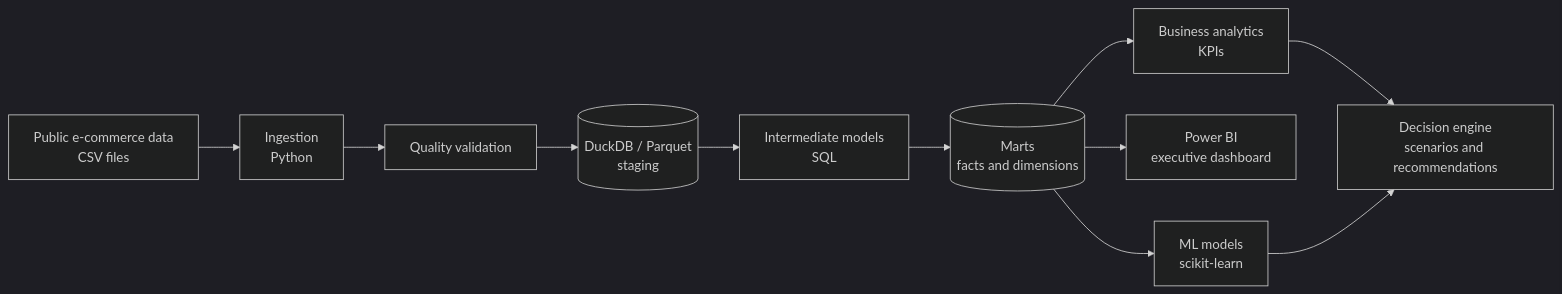
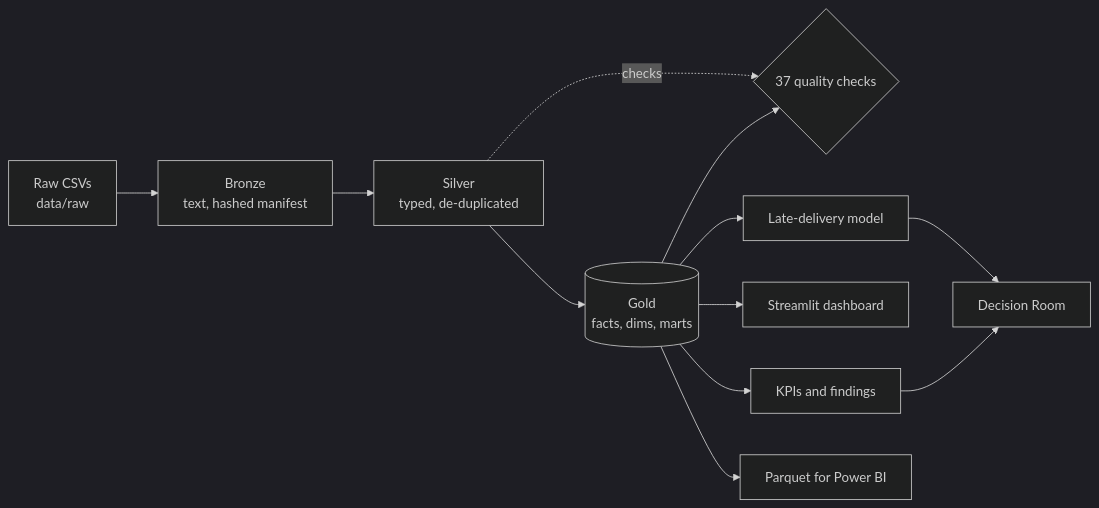
Before and after one commit to musab-abukaraki-66/signalforge: the diagram in README.md, drawn with Mermaid (dark theme). The commit also changed other lines of this file and 51 other files, not shown here.

First line of the commit message:
feat: SIGNALFORGE end-to-end vertical slice (pipeline, KPIs, model, dashboard, decision room)

````diff
--- a/README.md
+++ b/README.md
@@ -29,13 +29,14 @@
 ```mermaid
 flowchart LR
-    A[Public e-commerce data<br/>CSV files] --> B[Ingestion<br/>Python]
-    B --> C[Quality validation]
-    C --> D[(DuckDB / Parquet<br/>staging)]
-    D --> E[Intermediate models<br/>SQL]
-    E --> F[(Marts<br/>facts and dimensions)]
-    F --> G[Business analytics<br/>KPIs]
-    F --> H[Power BI<br/>executive dashboard]
-    F --> I[ML models<br/>scikit-learn]
-    G --> J[Decision engine<br/>scenarios and recommendations]
-    I --> J
+    A[Raw CSVs<br/>data/raw] --> B[Bronze<br/>text, hashed manifest]
+    B --> C[Silver<br/>typed, de-duplicated]
+    C --> D[(Gold<br/>facts, dims, marts)]
+    C -. checks .-> Q{37 quality checks}
+    D --> Q
+    D --> E[KPIs and findings]
+    D --> F[Streamlit dashboard]
+    D --> G[Late-delivery model]
+    G --> H[Decision Room]
+    E --> H
+    D --> I[Parquet for Power BI]
 ```
````
